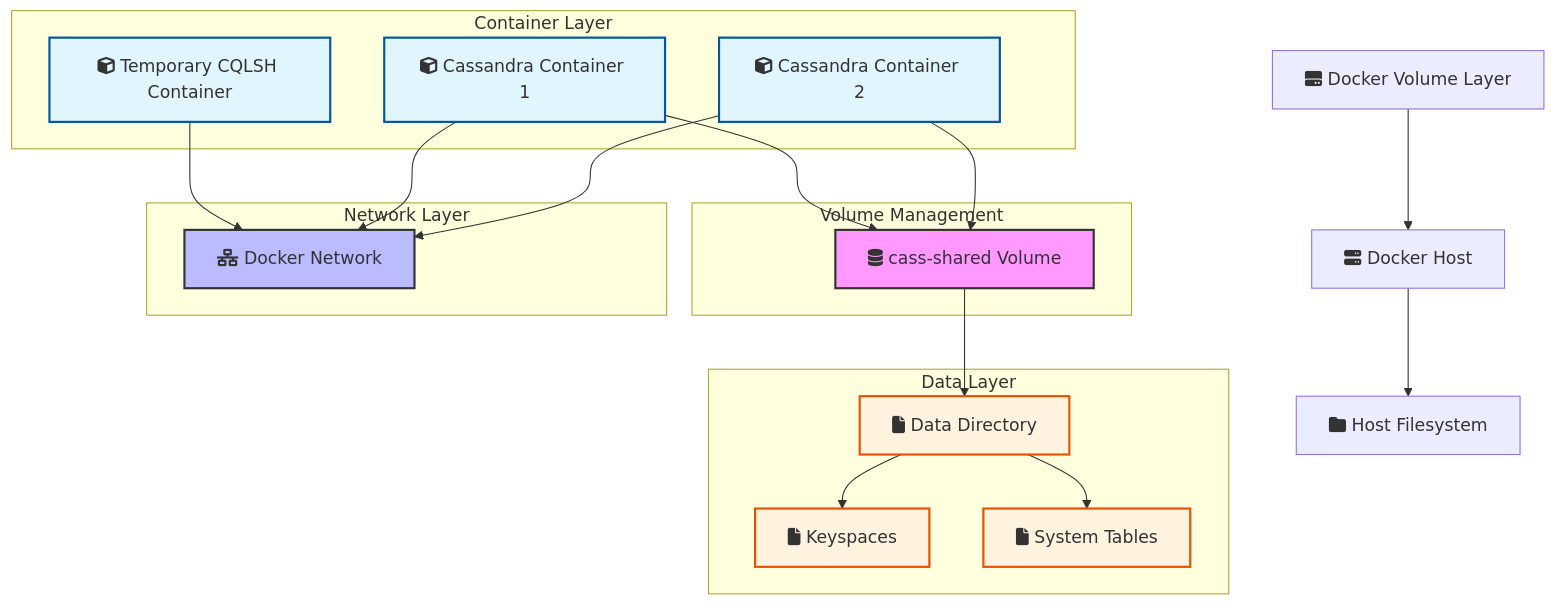
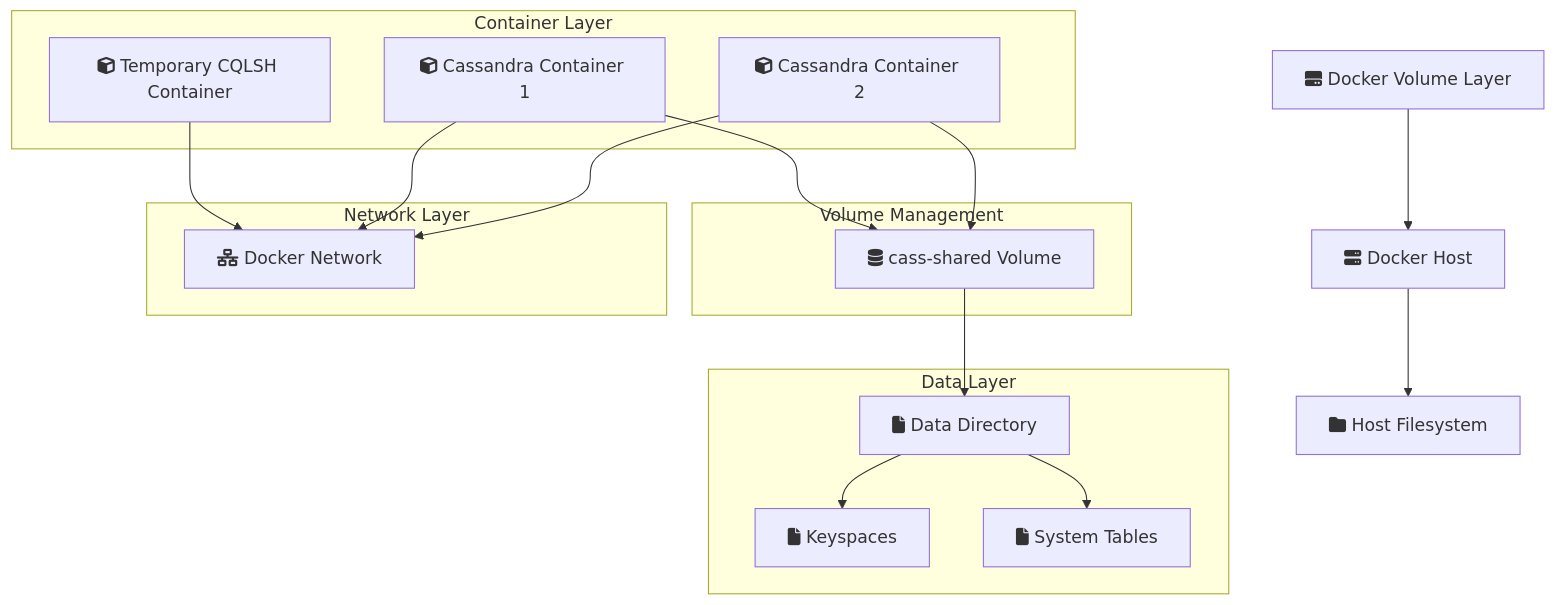
Before and after one commit to TheToriqul/docker-volumes: the diagram in README.md, drawn with Mermaid.

Commit message:
Docs: Readme updated

````diff
--- a/README.md
+++ b/README.md
@@ -17,57 +17,49 @@
 ```mermaid
 graph TD
     %% Main Components
     VL[fa:fa-hdd Docker Volume Layer]
     H[fa:fa-server Docker Host]
     FS[fa:fa-folder Host Filesystem]
     
     %% Containers and Volumes
     subgraph "Container Layer"
         C1[fa:fa-cube Cassandra Container 1]
         C2[fa:fa-cube Cassandra Container 2]
         CX[fa:fa-cube Temporary CQLSH Container]
     end
     
     subgraph "Volume Management"
         V1[fa:fa-database cass-shared Volume]
-        style V1 fill:#f9f,stroke:#333,stroke-width:2px
     end
     
     subgraph "Data Layer"
         D1[fa:fa-file Data Directory]
         D2[fa:fa-file Keyspaces]
         D3[fa:fa-file System Tables]
     end
     
     %% Network Layer
     subgraph "Network Layer"
         N1[fa:fa-network-wired Docker Network]
-        style N1 fill:#bbf,stroke:#333,stroke-width:2px
     end
     
     %% Data Flow
     VL --> H
     H --> FS
     V1 --> D1
     D1 --> D2
     D1 --> D3
     
     %% Container Connections
     C1 --> V1
     C2 --> V1
     CX --> N1
     C1 --> N1
     C2 --> N1
     
-    %% Styling
-    classDef container fill:#e1f5fe,stroke:#01579b,stroke-width:2px
-    classDef volume fill:#f3e5f5,stroke:#4a148c,stroke-width:2px
-    classDef network fill:#e8f5e9,stroke:#1b5e20,stroke-width:2px
-    classDef data fill:#fff3e0,stroke:#e65100,stroke-width:2px
-    
     %% Apply Classes
     class C1,C2,CX container
     class V1 volume
     class N1 network
     class D1,D2,D3 data
 ```
````
